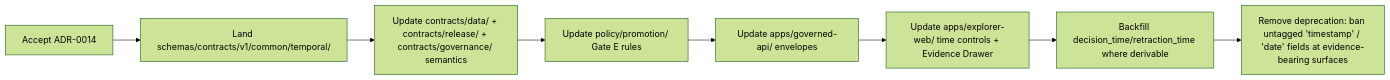
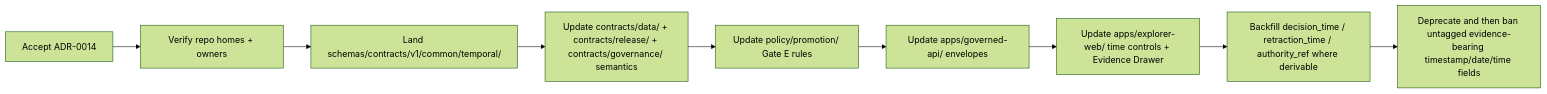
Before and after one commit to bartytime4life/Kansas-Frontier-Matrix: the third of 3 diagrams in docs/adr/ADR-0014-temporal-vocabulary--six-time-kinds-tracked.md, drawn with Mermaid (forest theme). The commit also changed other lines of this file, not shown here.

````diff
--- a/docs/adr/ADR-0014-temporal-vocabulary--six-time-kinds-tracked.md
+++ b/docs/adr/ADR-0014-temporal-vocabulary--six-time-kinds-tracked.md
@@ -421,10 +373,11 @@
 ```mermaid
 flowchart LR
-  P0[Accept ADR-0014] --> P1[Land schemas/contracts/v1/common/temporal/]
+  P0[Accept ADR-0014] --> P0a[Verify repo homes + owners]
+  P0a --> P1[Land schemas/contracts/v1/common/temporal/]
   P1 --> P2[Update contracts/data/ + contracts/release/ + contracts/governance/ semantics]
   P2 --> P3[Update policy/promotion/ Gate E rules]
   P3 --> P4[Update apps/governed-api/ envelopes]
   P4 --> P5[Update apps/explorer-web/ time controls + Evidence Drawer]
-  P5 --> P6[Backfill decision_time/retraction_time where derivable]
-  P6 --> P7[Remove deprecation: ban untagged 'timestamp' / 'date' fields at evidence-bearing surfaces]
+  P5 --> P6[Backfill decision_time / retraction_time / authority_ref where derivable]
+  P6 --> P7[Deprecate and then ban untagged evidence-bearing timestamp/date/time fields]
 ```
````
